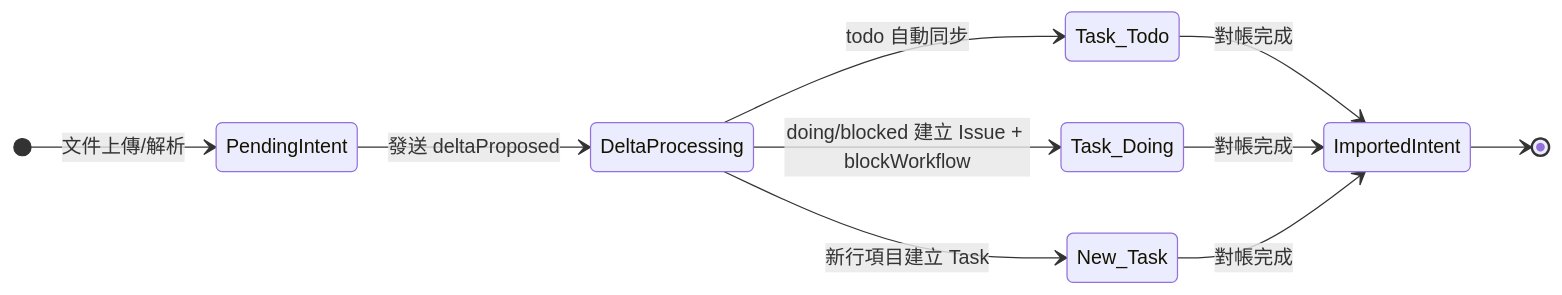
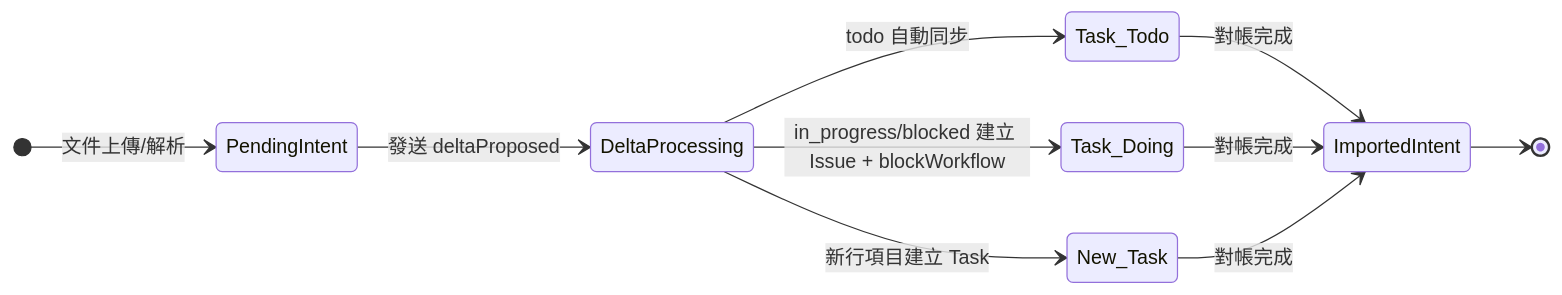
One commit to 7Spade/xuanwu changed the diagram in docs/development/workspace.slice-guide.md. Above: the diagram before and after it, drawn with Mermaid. The commit also changed other lines of this file and 1 other file, not shown here.

````diff
--- a/docs/development/workspace.slice-guide.md
+++ b/docs/development/workspace.slice-guide.md
@@ -126,13 +126,13 @@
 ```mermaid
 stateDiagram-v2
     direction LR
     [*] --> PendingIntent: 文件上傳/解析
     PendingIntent --> DeltaProcessing: 發送 deltaProposed
     DeltaProcessing --> Task_Todo: todo 自動同步
-    DeltaProcessing --> Task_Doing: doing/blocked 建立 Issue + blockWorkflow
+    DeltaProcessing --> Task_Doing: in_progress/blocked 建立 Issue + blockWorkflow
     DeltaProcessing --> New_Task: 新行項目建立 Task
     Task_Todo --> ImportedIntent: 對帳完成
     Task_Doing --> ImportedIntent: 對帳完成
     New_Task --> ImportedIntent: 對帳完成
     ImportedIntent --> [*]
 ```
````
